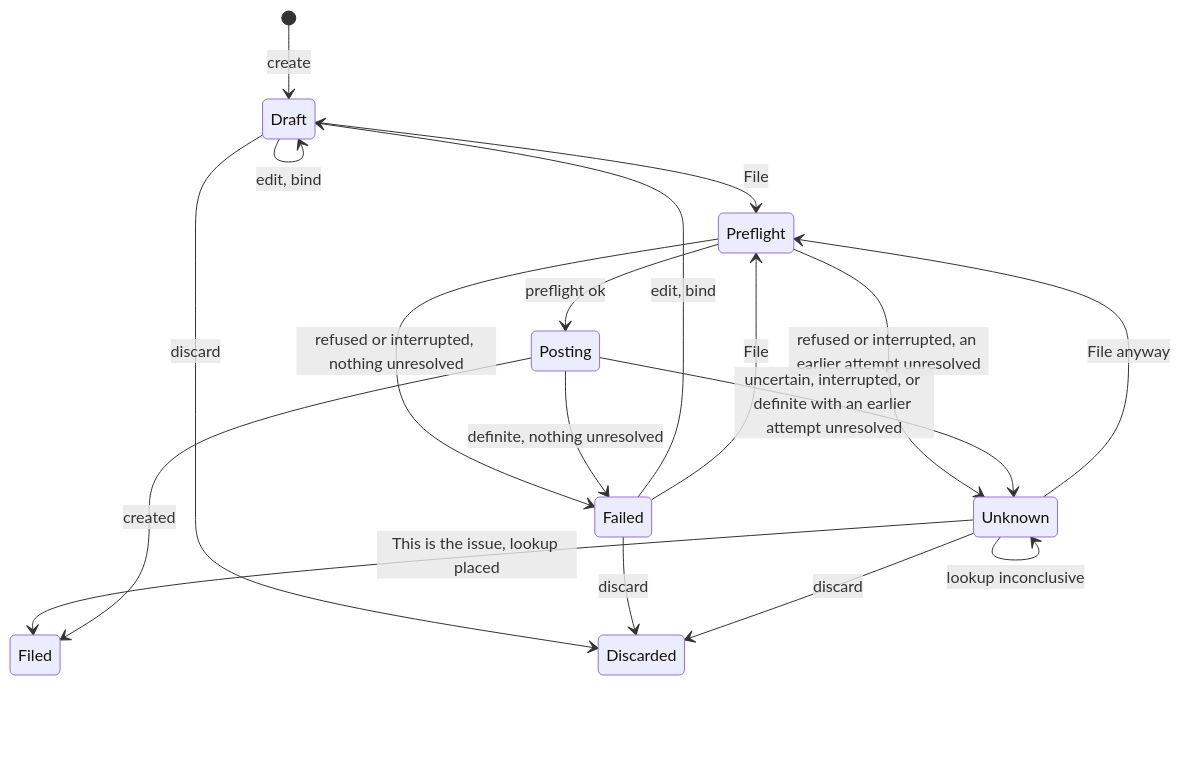
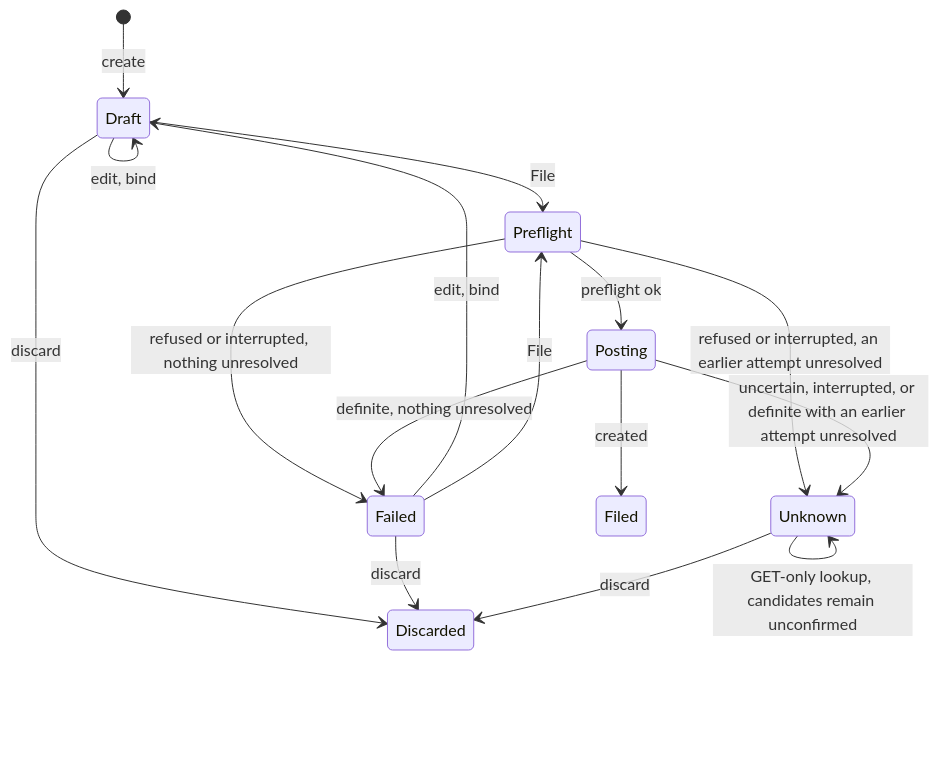
One commit to labcoder/capsula changed the diagram in docs/development/issues.md. Above: the diagram before and after it, drawn with Mermaid. The commit also changed other lines of this file and 15 other files, not shown here.

````diff
--- a/docs/development/issues.md
+++ b/docs/development/issues.md
@@ -167,20 +168,18 @@
 ```mermaid
 stateDiagram-v2
   [*] --> Draft: create
   Draft --> Draft: edit, bind
   Failed --> Draft: edit, bind
   Draft --> Preflight: File
   Failed --> Preflight: File
-  Unknown --> Preflight: File anyway
-  Unknown --> Filed: This is the issue, lookup placed
-  Unknown --> Unknown: lookup inconclusive
+  Unknown --> Unknown: GET-only lookup, candidates remain unconfirmed
   Preflight --> Posting: preflight ok
   Preflight --> Failed: refused or interrupted, nothing unresolved
   Preflight --> Unknown: refused or interrupted, an earlier attempt unresolved
   Posting --> Filed: created
   Posting --> Failed: definite, nothing unresolved
   Posting --> Unknown: uncertain, interrupted, or definite with an earlier attempt unresolved
   Draft --> Discarded: discard
   Failed --> Discarded: discard
   Unknown --> Discarded: discard
 ```
````
